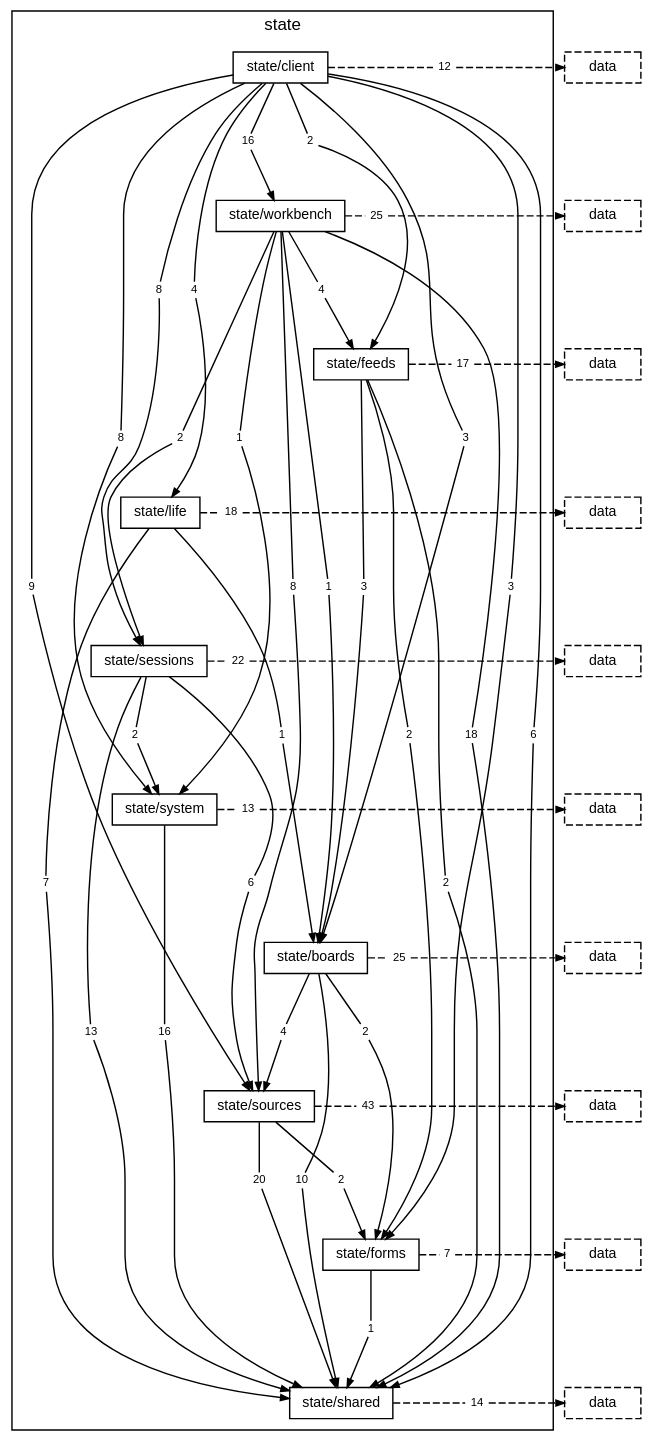
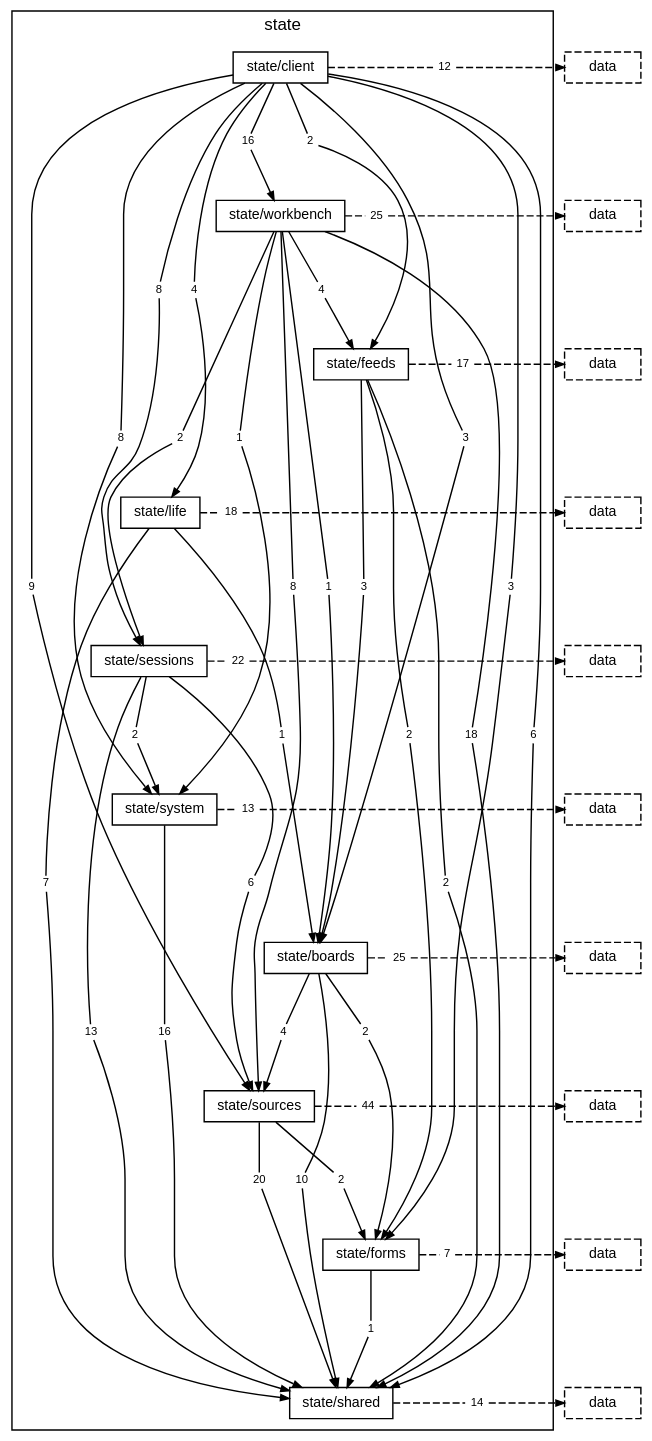
One commit to TheAxeC/oculus changed the diagram in docs/diagrams/layer-state.dot. Above: the diagram before and after it, drawn with Graphviz. The commit also changed 43 other files, not shown here.

```diff
--- a/docs/diagrams/layer-state.dot
+++ b/docs/diagrams/layer-state.dot
@@ -50,7 +50,7 @@
         "folder state/boards to layer data" [label="25", shape=box, color="transparent", fontsize=8, width=0, height=0, margin="0.04,0.02"];
         "folder state/sources to folder state/forms" [label="2", shape=box, color="transparent", fontsize=8, width=0, height=0, margin="0.04,0.02"];
         "folder state/sources to folder state/shared" [label="20", shape=box, color="transparent", fontsize=8, width=0, height=0, margin="0.04,0.02"];
-        "folder state/sources to layer data" [label="43", shape=box, color="transparent", fontsize=8, width=0, height=0, margin="0.04,0.02"];
+        "folder state/sources to layer data" [label="44", shape=box, color="transparent", fontsize=8, width=0, height=0, margin="0.04,0.02"];
         "folder state/forms to folder state/shared" [label="1", shape=box, color="transparent", fontsize=8, width=0, height=0, margin="0.04,0.02"];
         "folder state/forms to layer data" [label="7", shape=box, color="transparent", fontsize=8, width=0, height=0, margin="0.04,0.02"];
         "folder state/shared to layer data" [label="14", shape=box, color="transparent", fontsize=8, width=0, height=0, margin="0.04,0.02"];
```
